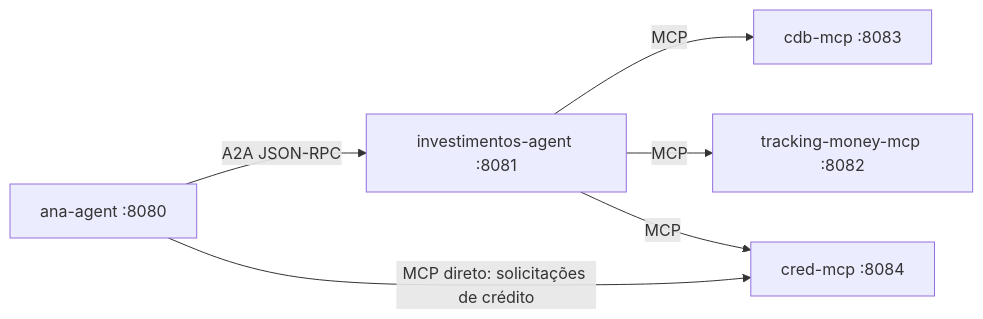
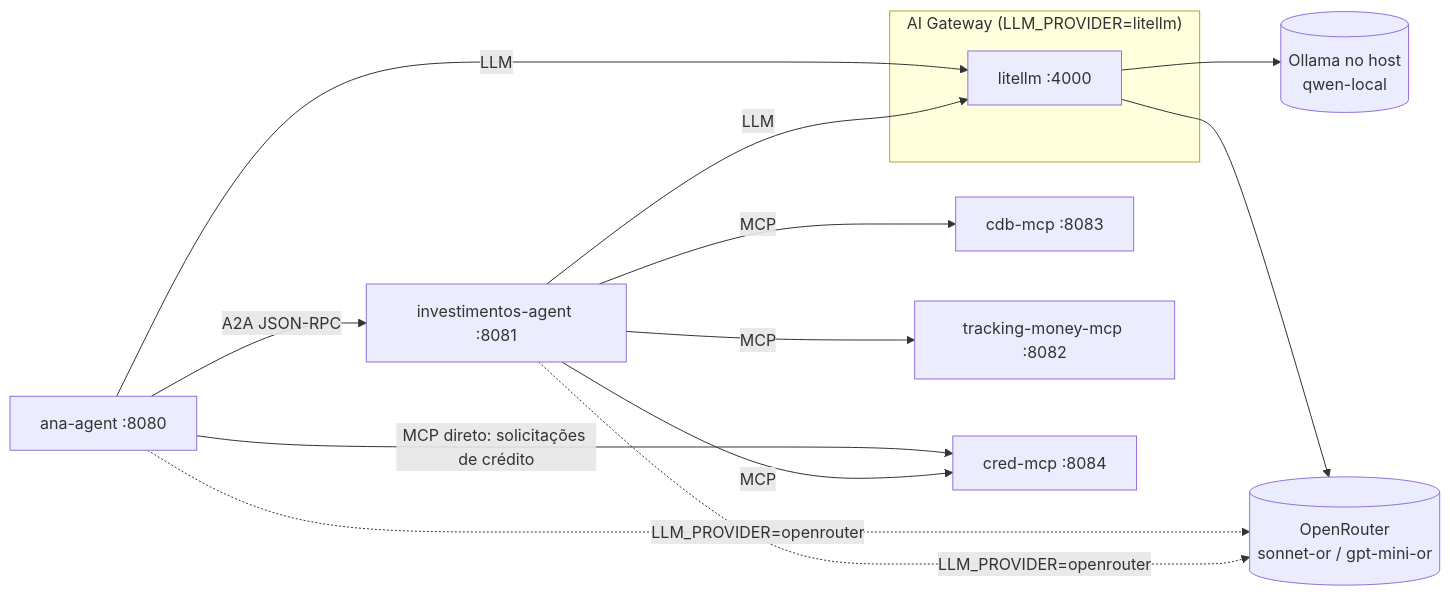
The first of 2 diagrams in agent-to-agent/README.md (diegolirio/ai-demos), drawn with Mermaid before and after one commit. The commit also changed other lines of this file, not shown here.

Commit message:
docs(readme): LiteLLM como barramento de LLM no diagrama da arquitetura

````diff
--- a/agent-to-agent/README.md
+++ b/agent-to-agent/README.md
@@ -14,14 +17,27 @@
 ```mermaid
 graph LR
       Ana[ana-agent :8080]
       Invest[investimentos-agent :8081]
       CDB[cdb-mcp :8083]
       TM[tracking-money-mcp :8082]
       CRED[cred-mcp :8084]
-  
+
+      subgraph GW["AI Gateway (LLM_PROVIDER=litellm)"]
+            LiteLLM[litellm :4000]
+      end
+      Ollama[(Ollama no host<br/>qwen-local)]
+      OR[(OpenRouter<br/>sonnet-or / gpt-mini-or)]
+
       Ana -->|A2A JSON-RPC| Invest
       Ana -->|MCP direto: solicitações de crédito| CRED
       Invest -->|MCP| CDB
       Invest -->|MCP| TM
       Invest -->|MCP| CRED
+
+      Ana -->|LLM| LiteLLM
+      Invest -->|LLM| LiteLLM
+      LiteLLM --> Ollama
+      LiteLLM --> OR
+      Ana -.->|LLM_PROVIDER=openrouter| OR
+      Invest -.->|LLM_PROVIDER=openrouter| OR
 ```
````
